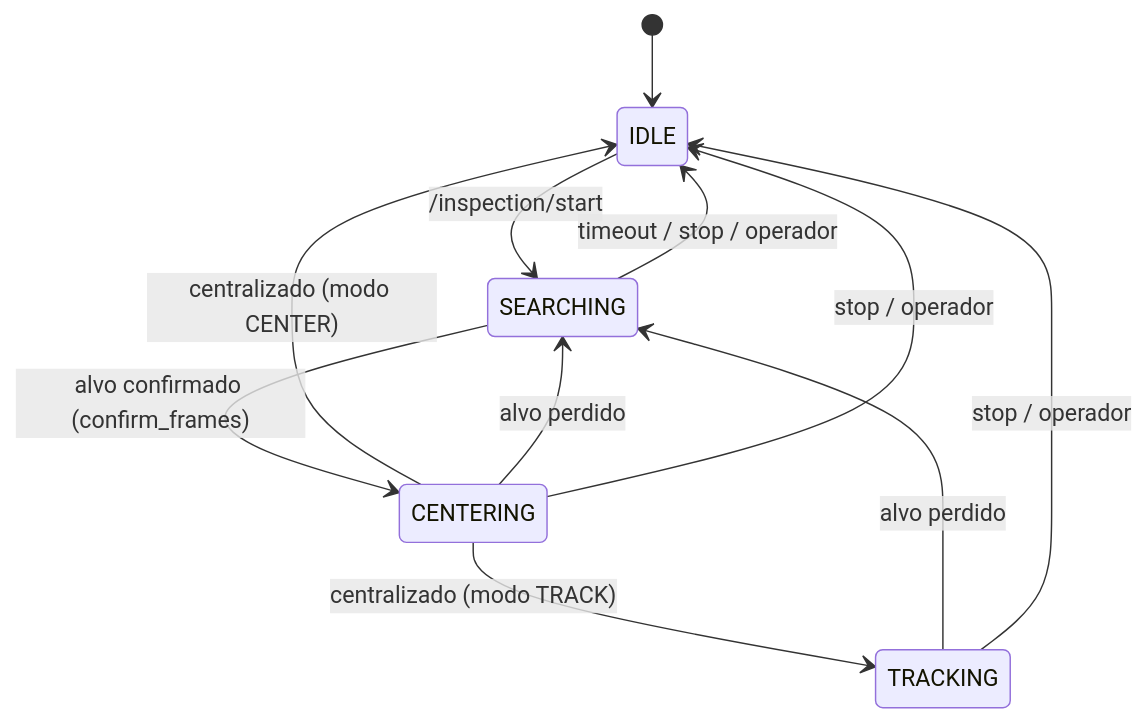
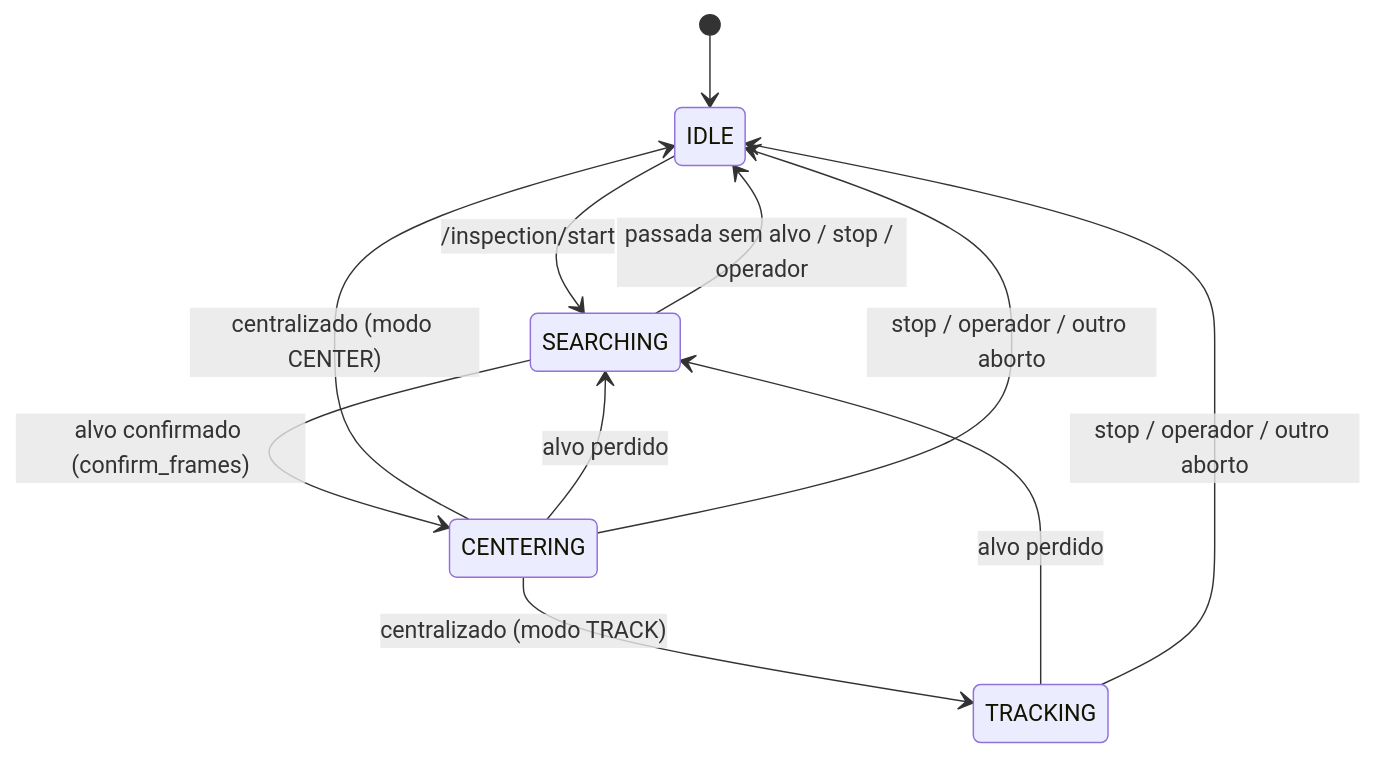
One commit to WillianGiacomitti/pantilt_ros changed the second of 2 diagrams in docs/architecture.md. Above: the diagram before and after it, drawn with Mermaid. The commit also changed other lines of this file and 13 other files, not shown here.

````diff
--- a/docs/architecture.md
+++ b/docs/architecture.md
@@ -462,13 +472,13 @@
 ```mermaid
 stateDiagram-v2
   [*] --> IDLE
   IDLE --> SEARCHING: /inspection/start
   SEARCHING --> CENTERING: alvo confirmado (confirm_frames)
   CENTERING --> TRACKING: centralizado (modo TRACK)
   CENTERING --> IDLE: centralizado (modo CENTER)
   CENTERING --> SEARCHING: alvo perdido
   TRACKING --> SEARCHING: alvo perdido
-  SEARCHING --> IDLE: timeout / stop / operador
-  CENTERING --> IDLE: stop / operador
-  TRACKING --> IDLE: stop / operador
+  SEARCHING --> IDLE: passada sem alvo / stop / operador
+  CENTERING --> IDLE: stop / operador / outro aborto
+  TRACKING --> IDLE: stop / operador / outro aborto
 ```
````
